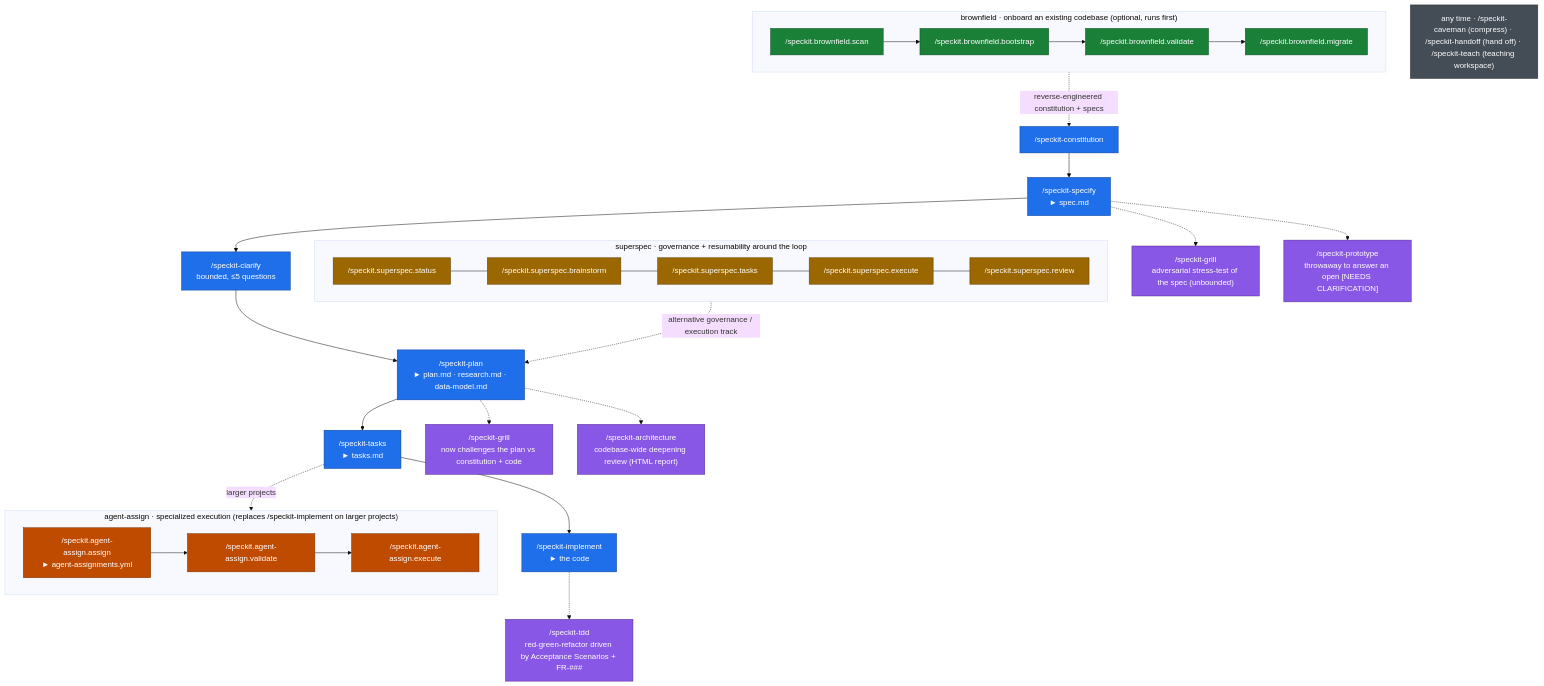
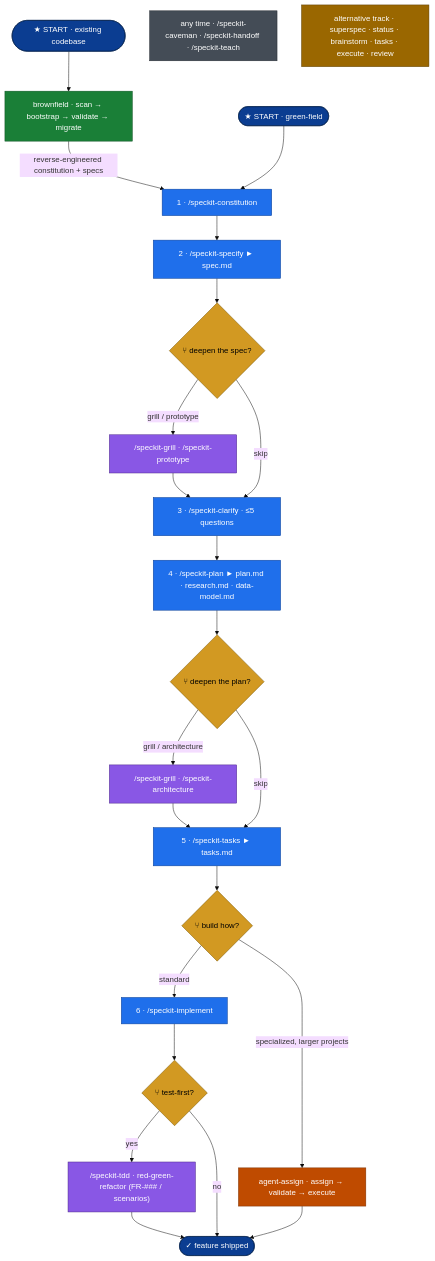
Before and after one commit to schwarz-christoph/spec-kit-csc-extension: the diagram in WORKFLOW.md, drawn with Mermaid (base theme). The commit also changed other lines of this file, not shown here.

Commit message:
Updated WORKFLOW Graph

````diff
--- a/WORKFLOW.md
+++ b/WORKFLOW.md
@@ -83,55 +117,42 @@
 ```mermaid
 flowchart TD
-    %% ---------- brownfield: onboard an existing codebase, before the loop ----------
-    subgraph BF["brownfield · onboard an existing codebase (optional, runs first)"]
-        direction LR
-        bf1["/speckit.brownfield.scan"] --> bf2["/speckit.brownfield.bootstrap"] --> bf3["/speckit.brownfield.validate"] --> bf4["/speckit.brownfield.migrate"]
-    end
+    %% ===== entry points =====
+    G([★ START · green-field]):::entry
+    E([★ START · existing codebase]):::entry
 
-    %% ---------- core spec-kit spine ----------
-    C["/speckit-constitution"] --> S["/speckit-specify<br/>► spec.md"]
-    S --> CL["/speckit-clarify<br/>bounded, ≤5 questions"]
-    CL --> P["/speckit-plan<br/>► plan.md · research.md · data-model.md"]
-    P --> T["/speckit-tasks<br/>► tasks.md"]
-    T --> IMPL["/speckit-implement<br/>► the code"]
+    %% ===== brownfield onboarding (existing codebases only) =====
+    E --> BF["brownfield · scan → bootstrap → validate → migrate"]:::bf
+    BF -->|reverse-engineered constitution + specs| C
 
-    BF -.->|reverse-engineered constitution + specs| C
+    %% ===== linear happy path =====
+    G --> C
+    C["1 · /speckit-constitution"]:::core --> S["2 · /speckit-specify ► spec.md"]:::core
+    S --> b1{"⑂ deepen the spec?"}:::branch
+    b1 -->|grill / prototype| D1["/speckit-grill · /speckit-prototype"]:::csc --> CL
+    b1 -->|skip| CL
+    CL["3 · /speckit-clarify · ≤5 questions"]:::core --> P["4 · /speckit-plan ► plan.md · research.md · data-model.md"]:::core
+    P --> b2{"⑂ deepen the plan?"}:::branch
+    b2 -->|grill / architecture| D2["/speckit-grill · /speckit-architecture"]:::csc --> T
+    b2 -->|skip| T
+    T["5 · /speckit-tasks ► tasks.md"]:::core --> b3{"⑂ build how?"}:::branch
+    b3 -->|standard| IMPL["6 · /speckit-implement"]:::core
+    b3 -->|specialized, larger projects| AA["agent-assign · assign → validate → execute"]:::aa
+    IMPL --> b4{"⑂ test-first?"}:::branch
+    b4 -->|yes| TDD["/speckit-tdd · red-green-refactor (FR-### / scenarios)"]:::csc --> DONE
+    b4 -->|no| DONE
+    AA --> DONE
+    DONE([✓ feature shipped]):::entry
 
-    %% ---------- csc commands hung off the phases ----------
-    S -.-> grill1["/speckit-grill<br/>adversarial stress-test of the spec (unbounded)"]
-    S -.-> proto["/speckit-prototype<br/>throwaway to answer an open [NEEDS CLARIFICATION]"]
-    P -.-> grill2["/speckit-grill<br/>now challenges the plan vs constitution + code"]
-    P -.-> arch["/speckit-architecture<br/>codebase-wide deepening review (HTML report)"]
-    IMPL -.-> tdd["/speckit-tdd<br/>red-green-refactor driven by Acceptance Scenarios + FR-###"]
+    %% ===== always-available side tracks (not on the path) =====
+    UTIL["any time · /speckit-caveman · /speckit-handoff · /speckit-teach"]:::util
+    SS["alternative track · superspec · status · brainstorm · tasks · execute · review"]:::ss
 
-    %% ---------- agent-assign: specialized execution, replaces /speckit-implement ----------
-    subgraph AA["agent-assign · specialized execution (replaces /speckit-implement on larger projects)"]
-        direction LR
-        aa1["/speckit.agent-assign.assign<br/>► agent-assignments.yml"] --> aa2["/speckit.agent-assign.validate"] --> aa3["/speckit.agent-assign.execute"]
-    end
-    T -.->|larger projects| AA
-
-    %% ---------- superspec: governance track wrapping the loop ----------
-    subgraph SS["superspec · governance + resumability around the loop"]
-        direction LR
-        ss1["/speckit.superspec.status"] --- ss2["/speckit.superspec.brainstorm"] --- ss3["/speckit.superspec.tasks"] --- ss4["/speckit.superspec.execute"] --- ss5["/speckit.superspec.review"]
-    end
-    SS -.->|alternative governance / execution track| P
-
-    %% ---------- session-wide csc utilities ----------
-    UTIL["any time · /speckit-caveman (compress) · /speckit-handoff (hand off) · /speckit-teach (teaching workspace)"]
-
+    classDef entry fill:#0b3d91,stroke:#06214d,color:#fff;
     classDef core fill:#1f6feb,stroke:#0b3d91,color:#fff;
     classDef csc fill:#8957e5,stroke:#4c2889,color:#fff;
     classDef bf fill:#1a7f37,stroke:#0d4f22,color:#fff;
     classDef aa fill:#bf4b00,stroke:#7a3000,color:#fff;
     classDef ss fill:#9a6700,stroke:#5c3d00,color:#fff;
+    classDef branch fill:#d29922,stroke:#7a5800,color:#000;
     classDef util fill:#444c56,stroke:#22272e,color:#fff;
-
-    class C,S,CL,P,T,IMPL core;
-    class grill1,grill2,proto,arch,tdd csc;
-    class bf1,bf2,bf3,bf4 bf;
-    class aa1,aa2,aa3 aa;
-    class ss1,ss2,ss3,ss4,ss5 ss;
-    class UTIL util;
 ```
````
